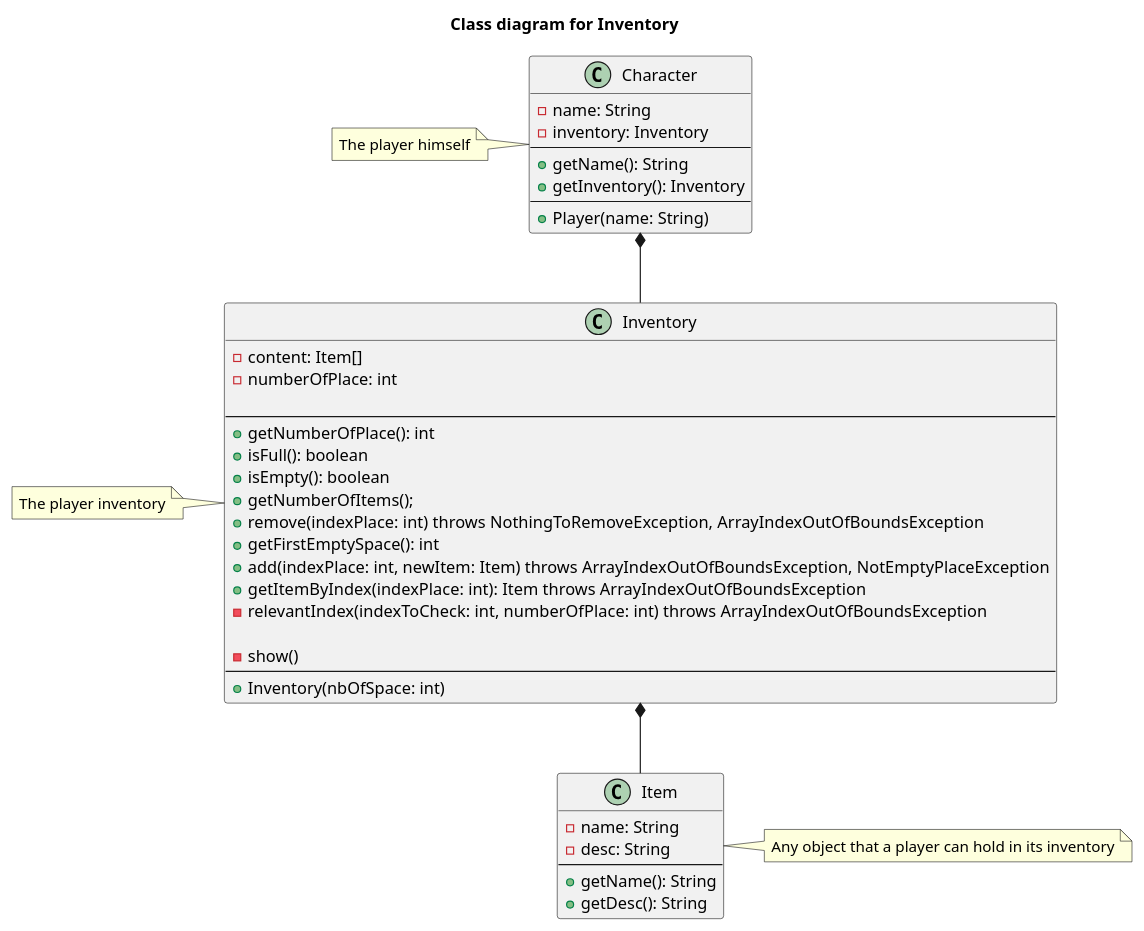
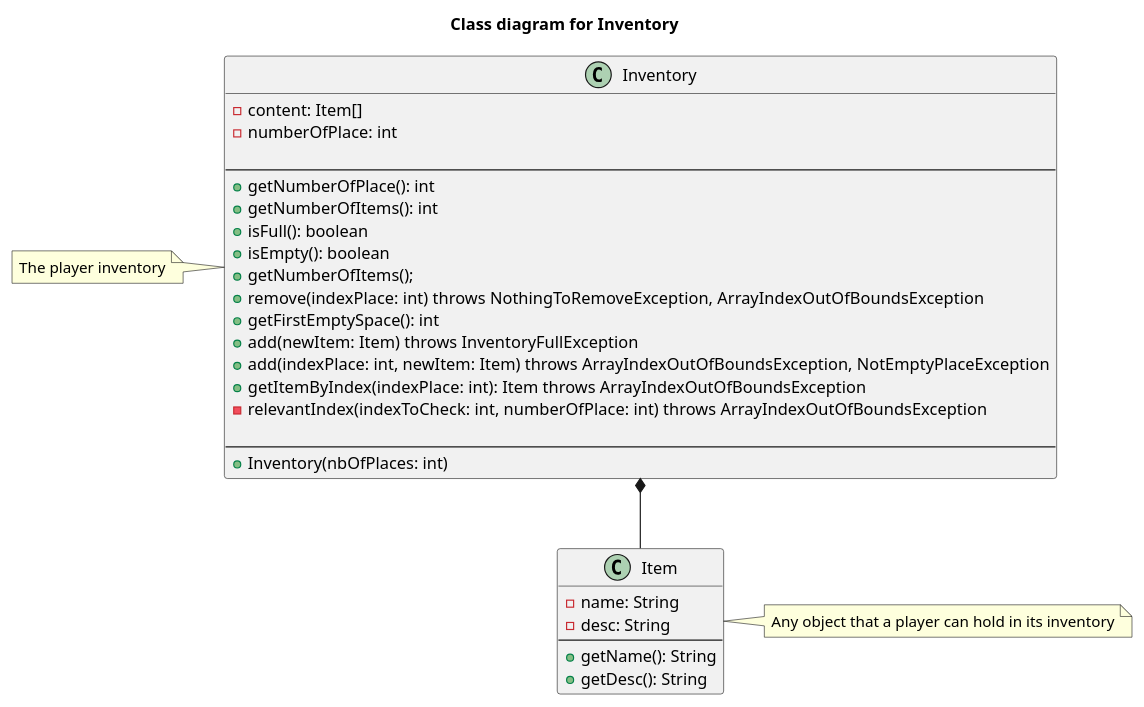
One commit to Yanis-Kouidri/pixel-adventurer changed the diagram in uml/Inventory.puml. Above: the diagram before and after it, drawn with PlantUML.

Commit message:
update uml

```diff
--- a/uml/Inventory.puml
+++ b/uml/Inventory.puml
@@ -1,54 +1,42 @@
 @startuml
 'https://plantuml.com/class-diagram
 
 title "Class diagram for Inventory"
-
-class Character {
-- name: String
-- inventory: Inventory
-----
-+ getName(): String
-+ getInventory(): Inventory
-----
-+ Player(name: String)
-}
-note left : The player himself
 
 class Inventory {
 - content: Item[]
 - numberOfPlace: int
 
 ----
 + getNumberOfPlace(): int
++ getNumberOfItems(): int
 + isFull(): boolean
 + isEmpty(): boolean
 + getNumberOfItems();
 + remove(indexPlace: int) throws NothingToRemoveException, ArrayIndexOutOfBoundsException
 + getFirstEmptySpace(): int
-' Get the index of the first free space of inventory
+' Get the index of the first free space in the inventory
++ add(newItem: Item) throws InventoryFullException
 + add(indexPlace: int, newItem: Item) throws ArrayIndexOutOfBoundsException, NotEmptyPlaceException
 + getItemByIndex(indexPlace: int): Item throws ArrayIndexOutOfBoundsException
 - relevantIndex(indexToCheck: int, numberOfPlace: int) throws ArrayIndexOutOfBoundsException
 
-- show()
-'Print the inventory on the console to debug
 ----
-+ Inventory(nbOfSpace: int)
++ Inventory(nbOfPlaces: int)
 }
 note left : The player inventory
 
 class Item {
 - name: String
 - desc: String
 ----
 + getName(): String
 + getDesc(): String
 }
 note right : Any object that a player can hold in its inventory
 
 
 Inventory *-- Item
-Character *-- Inventory
 
 
 @enduml
```
